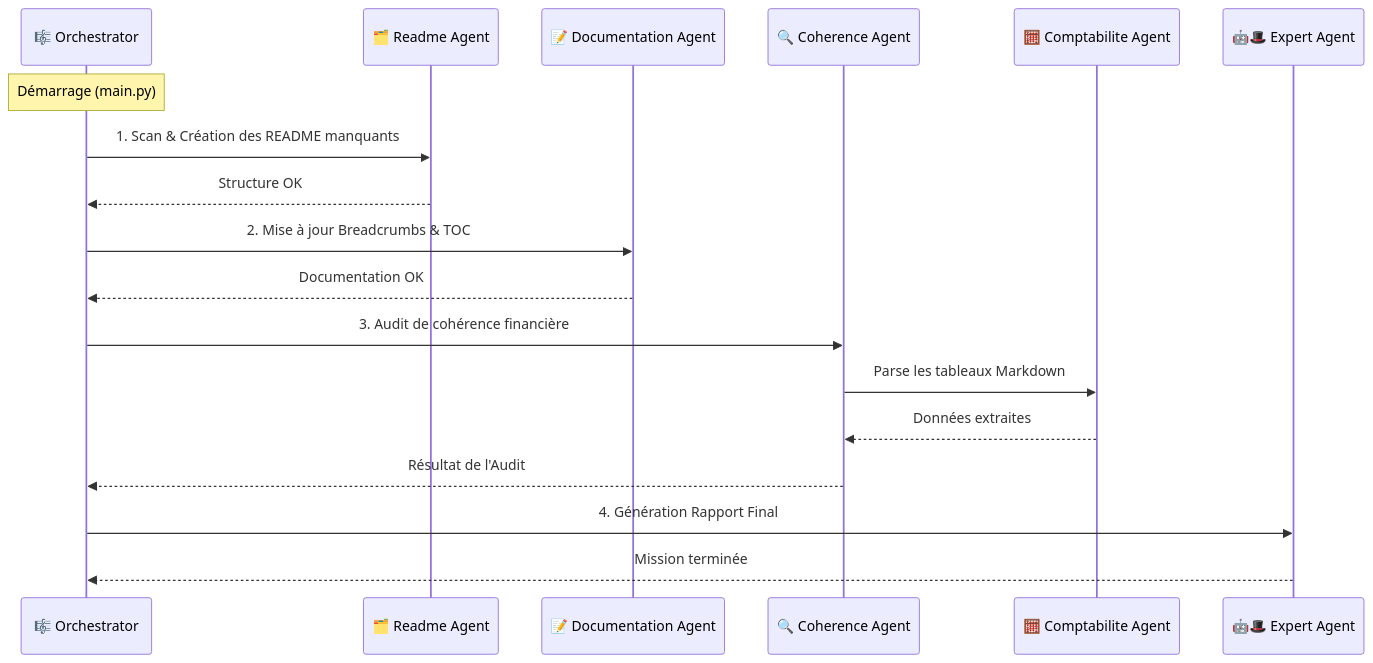
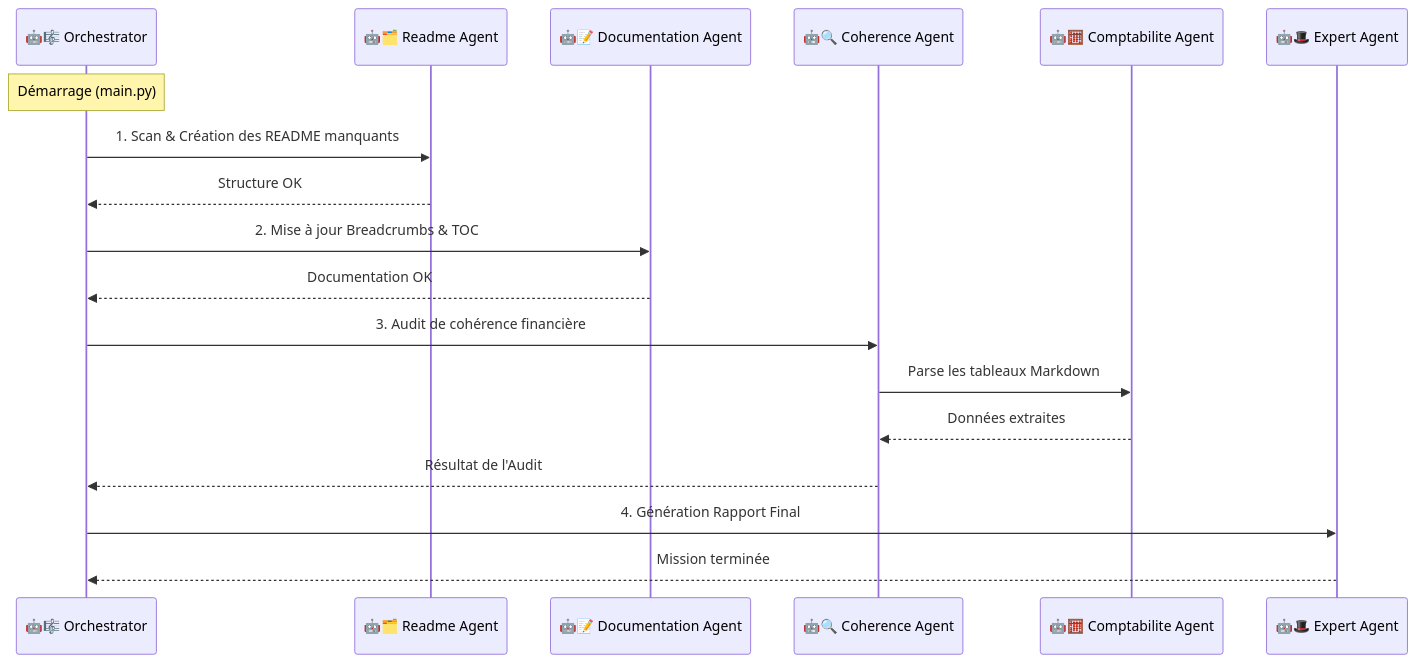
Before and after one commit to GribouilleImport/ChezSIA: the second of 2 diagrams in .dev/agents/README.md, drawn with Mermaid. The commit also changed other lines of this file, not shown here.

Commit message:
docs: corriger la syntaxe Mermaid et uniformiser l'icône robot pour tous les agents

````diff
--- a/.dev/agents/README.md
+++ b/.dev/agents/README.md
@@ -52,25 +51,25 @@
 ```mermaid
 sequenceDiagram
-    participant O as 🎼 Orchestrator
-    participant R as 🗂️ Readme Agent
-    participant D as 📝 Documentation Agent
-    participant C as 🔍 Coherence Agent
-    participant A as 🧮 Comptabilite Agent
+    participant O as 🤖🎼 Orchestrator
+    participant R as 🤖🗂️ Readme Agent
+    participant D as 🤖📝 Documentation Agent
+    participant C as 🤖🔍 Coherence Agent
+    participant A as 🤖🧮 Comptabilite Agent
     participant E as 🤖🎩 Expert Agent
 
     Note over O: Démarrage (main.py)
     
     O->>R: 1. Scan & Création des README manquants
     R-->>O: Structure OK
     
     O->>D: 2. Mise à jour Breadcrumbs & TOC
     D-->>O: Documentation OK
     
     O->>C: 3. Audit de cohérence financière
     C->>A: Parse les tableaux Markdown
     A-->>C: Données extraites
     C-->>O: Résultat de l'Audit
     
     O->>E: 4. Génération Rapport Final
     E-->>O: Mission terminée
 ```
````
